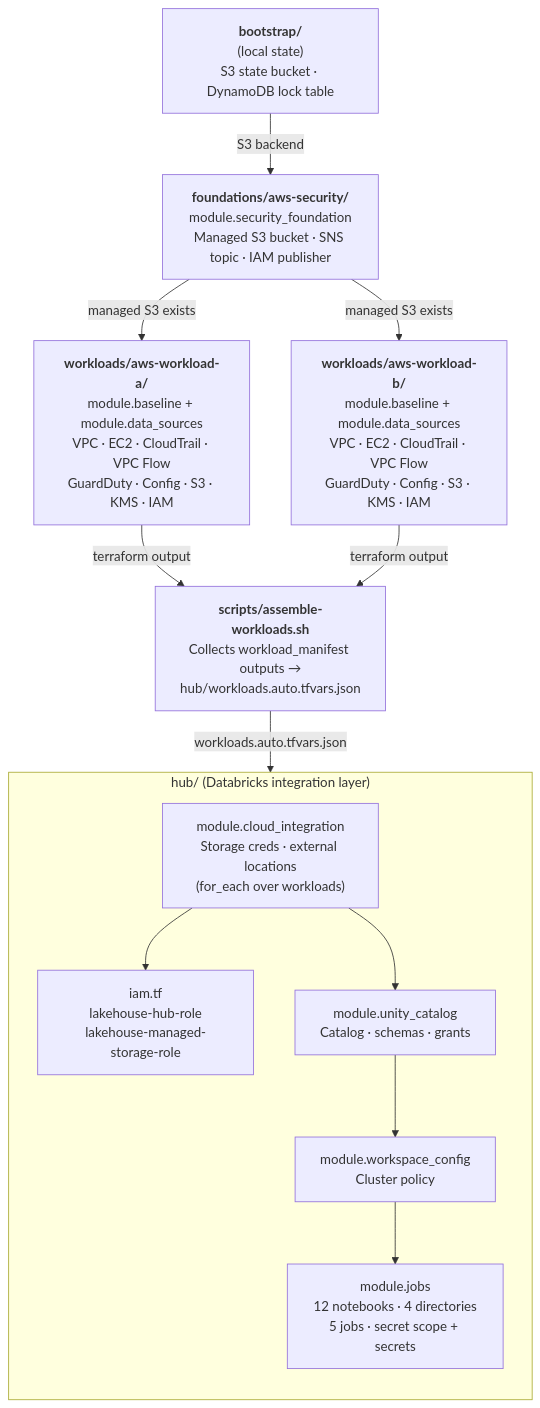
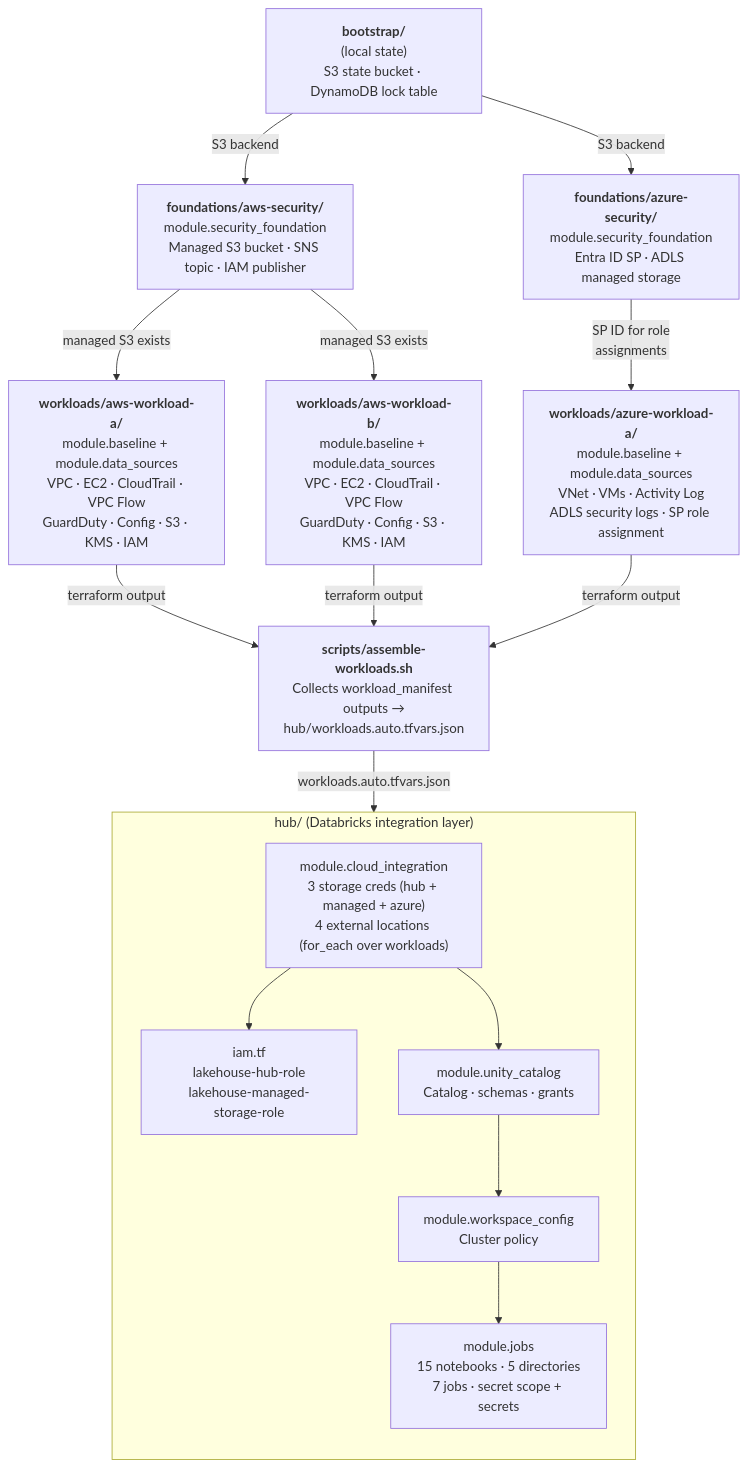
Before and after one commit to snk5125/security-data-platform: the diagram in diagrams/04_terraform_modules.mmd, drawn with Mermaid. The commit also changed 3 other files, not shown here.

Commit message:
docs: update standalone Mermaid diagrams for Azure expansion

```diff
--- a/diagrams/04_terraform_modules.mmd
+++ b/diagrams/04_terraform_modules.mmd
@@ -1,28 +1,34 @@
 graph TD
     BOOT["<b>bootstrap/</b><br/>(local state)<br/>S3 state bucket · DynamoDB lock table"]
 
-    FOUND["<b>foundations/aws-security/</b><br/>module.security_foundation<br/>Managed S3 bucket · SNS topic · IAM publisher"]
+    FOUNDA["<b>foundations/aws-security/</b><br/>module.security_foundation<br/>Managed S3 bucket · SNS topic · IAM publisher"]
+
+    FOUNDAZ["<b>foundations/azure-security/</b><br/>module.security_foundation<br/>Entra ID SP · ADLS managed storage"]
 
     WKA["<b>workloads/aws-workload-a/</b><br/>module.baseline + module.data_sources<br/>VPC · EC2 · CloudTrail · VPC Flow<br/>GuardDuty · Config · S3 · KMS · IAM"]
 
     WKB["<b>workloads/aws-workload-b/</b><br/>module.baseline + module.data_sources<br/>VPC · EC2 · CloudTrail · VPC Flow<br/>GuardDuty · Config · S3 · KMS · IAM"]
+
+    WKAZA["<b>workloads/azure-workload-a/</b><br/>module.baseline + module.data_sources<br/>VNet · VMs · Activity Log<br/>ADLS security logs · SP role assignment"]
 
     ASM["<b>scripts/assemble-workloads.sh</b><br/>Collects workload_manifest outputs →<br/>hub/workloads.auto.tfvars.json"]
 
     subgraph HUB ["hub/ (Databricks integration layer)"]
         direction TB
         IAM["iam.tf<br/>lakehouse-hub-role<br/>lakehouse-managed-storage-role"]
-        CI["module.cloud_integration<br/>Storage creds · external locations<br/>(for_each over workloads)"]
+        CI["module.cloud_integration<br/>3 storage creds (hub + managed + azure)<br/>4 external locations (for_each over workloads)"]
         UC["module.unity_catalog<br/>Catalog · schemas · grants"]
         WC["module.workspace_config<br/>Cluster policy"]
-        JOBS["module.jobs<br/>12 notebooks · 4 directories<br/>5 jobs · secret scope + secrets"]
+        JOBS["module.jobs<br/>15 notebooks · 5 directories<br/>7 jobs · secret scope + secrets"]
         CI --> IAM
         CI --> UC
         UC --> WC
         WC --> JOBS
     end
 
-    BOOT -->|"S3 backend"| FOUND
-    FOUND -->|"managed S3 exists"| WKA & WKB
-    WKA & WKB -->|"terraform output"| ASM
+    BOOT -->|"S3 backend"| FOUNDA
+    BOOT -->|"S3 backend"| FOUNDAZ
+    FOUNDA -->|"managed S3 exists"| WKA & WKB
+    FOUNDAZ -->|"SP ID for role<br/>assignments"| WKAZA
+    WKA & WKB & WKAZA -->|"terraform output"| ASM
     ASM -->|"workloads.auto.tfvars.json"| CI
```
